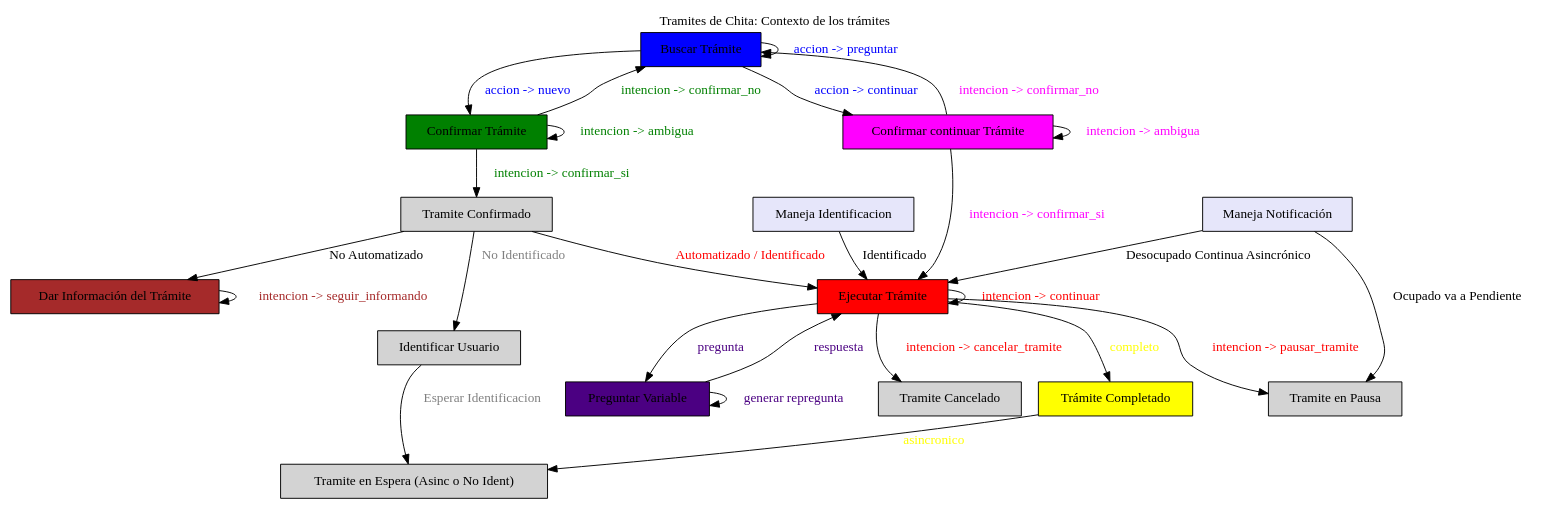
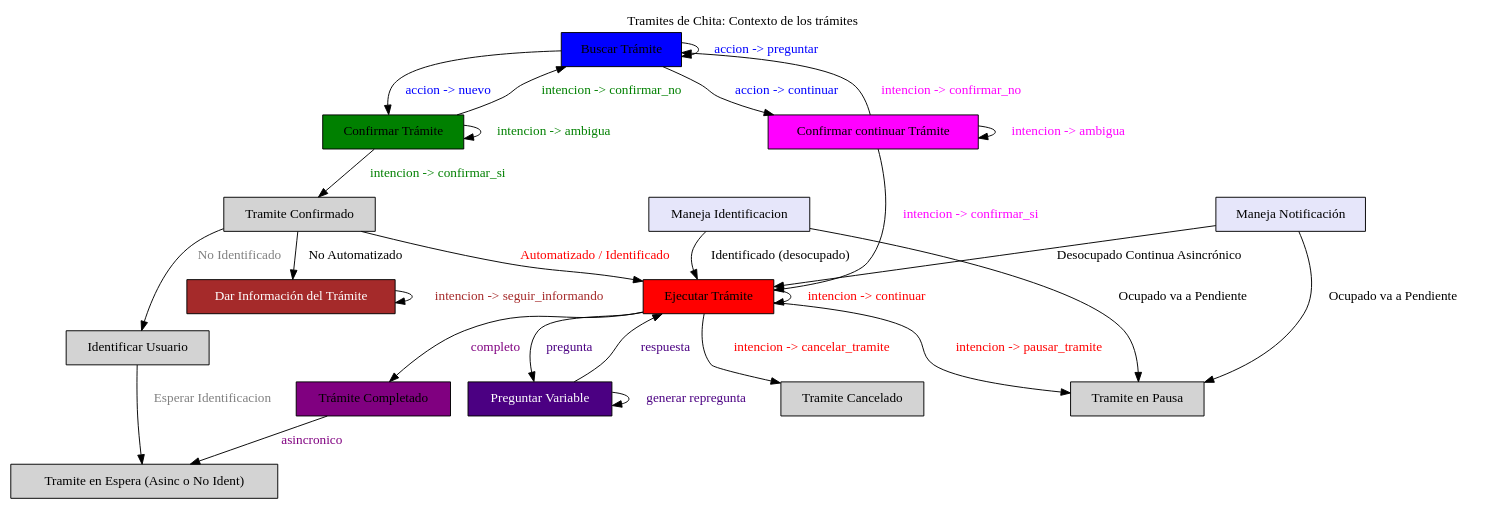
The diagram in fasesllm.dot (vaucheret/cheetha), drawn with Graphviz before and after one commit. The commit also changed 145 other files, not shown here.

```diff
--- a/fasesllm.dot
+++ b/fasesllm.dot
@@ -1,60 +1,59 @@
 digraph chat_assistant {
     rankdir=TB;
     labelloc="t";
     label="Tramites de Chita: Contexto de los trámites";
 
     node [shape=box, style=filled];
     
     // Fases existentes
     buscar_tramite [label="Buscar Trámite" shape=box fillcolor=blue];
     confirmar_continuar_tramite [label="Confirmar continuar Trámite" shape=box fillcolor=magenta];
     confirmar_tramite [label="Confirmar Trámite" shape=box fillcolor=green];
     ejecutar_tramite [label="Ejecutar Trámite" shape=box fillcolor=red];
-    informar_tramite [label="Dar Información del Trámite" shape=box fillcolor=brown];
-    tramite_completado [label="Trámite Completado" shape=box fillcolor=yellow ];
-    preguntar_variable [label="Preguntar Variable" shape=box fillcolor=indigo];
+    informar_tramite [label="Dar Información del Trámite" shape=box fillcolor=brown,fontcolor=white];
+    tramite_completado [label="Trámite Completado" shape=box fillcolor=purple ];
+    preguntar_variable [label="Preguntar Variable" shape=box fillcolor=indigo,fontcolor=white];
     tramite_confirmado [label="Tramite Confirmado" shape=box];
     identificar_usuario [label="Identificar Usuario" shape=box];
     en_pausa [label="Tramite en Pausa" shape=box ];
     en_espera [label="Tramite en Espera (Asinc o No Ident)" ];
     cancelado [label="Tramite Cancelado" shape=box ];
     handler_notificacion [label="Maneja Notificación" shape=box fillcolor=lavender];
     handler_identificacion [label="Maneja Identificacion" shape=box fillcolor=lavender];
     // Transiciones
 
     buscar_tramite -> confirmar_continuar_tramite [label="accion -> continuar" fontcolor=blue];
     buscar_tramite -> confirmar_tramite [label="accion -> nuevo" fontcolor=blue];
     buscar_tramite -> buscar_tramite [label="accion -> preguntar" fontcolor=blue];
     
     confirmar_tramite -> tramite_confirmado [label="intencion -> confirmar_si" fontcolor=green];
 
     tramite_confirmado -> ejecutar_tramite [label="Automatizado / Identificado" fontcolor=red];
     tramite_confirmado -> identificar_usuario [label="No Identificado" fontcolor=gray ];
     tramite_confirmado -> informar_tramite [label="No Automatizado" fontcolor=black ];
 
     identificar_usuario -> en_espera [label="Esperar Identificacion" fontcolor=gray ];
     informar_tramite -> informar_tramite [label="intencion -> seguir_informando" fontcolor=brown ];
 
     confirmar_tramite -> buscar_tramite [label="intencion -> confirmar_no" fontcolor=green];
     confirmar_tramite -> confirmar_tramite [label="intencion -> ambigua" fontcolor=green];
     
     confirmar_continuar_tramite -> ejecutar_tramite [label="intencion -> confirmar_si" fontcolor=magenta];
     confirmar_continuar_tramite -> buscar_tramite [label="intencion -> confirmar_no" fontcolor=magenta];
     confirmar_continuar_tramite -> confirmar_continuar_tramite [label="intencion -> ambigua" fontcolor=magenta];
 
     ejecutar_tramite -> en_pausa [label="intencion -> pausar_tramite" fontcolor=red];
     ejecutar_tramite -> cancelado [label="intencion -> cancelar_tramite" fontcolor=red];
     ejecutar_tramite -> ejecutar_tramite [label="intencion -> continuar" fontcolor=red];
-    ejecutar_tramite -> tramite_completado [label="completo" fontcolor=yellow];
+    ejecutar_tramite -> tramite_completado [label="completo" fontcolor=purple];
     ejecutar_tramite -> preguntar_variable [label="pregunta" fontcolor=indigo ];
     preguntar_variable -> preguntar_variable [label="generar repregunta" fontcolor=indigo];
     preguntar_variable -> ejecutar_tramite [label="respuesta" fontcolor=indigo];
 
-    tramite_completado -> en_espera [label="asincronico" fontcolor=yellow] ;
+    tramite_completado -> en_espera [label="asincronico" fontcolor=purple] ;
 
-    handler_identificacion -> ejecutar_tramite [label="Identificado" fontcolor=black] ;
+    handler_identificacion -> ejecutar_tramite [label="Identificado (desocupado)" fontcolor=black] ;
+    handler_identificacion -> en_pausa [label="Ocupado va a Pendiente" fontcolor=black];
     handler_notificacion -> ejecutar_tramite [label="Desocupado Continua Asincrónico" fontcolor=black];
-        handler_notificacion -> en_pausa [label="Ocupado va a Pendiente" fontcolor=black];
-
-    
+    handler_notificacion -> en_pausa [label="Ocupado va a Pendiente" fontcolor=black];
 }
```
